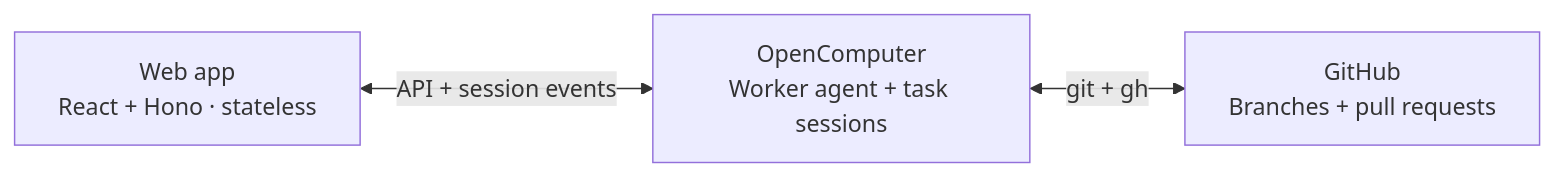
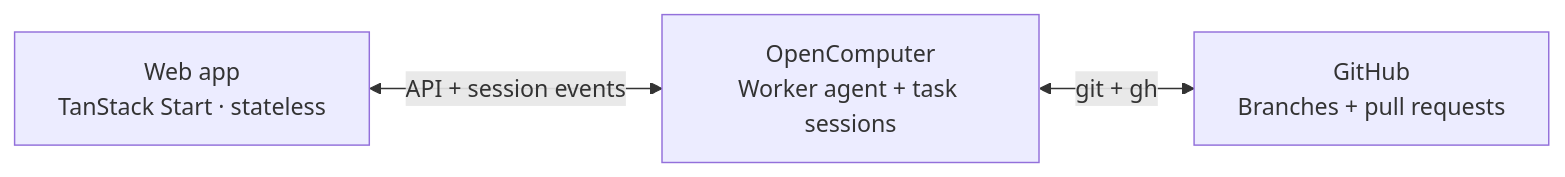
The diagram in README.md (diggerhq/opencomputer-workbench), drawn with Mermaid before and after one commit. The commit also changed other lines of this file and 127 other files, not shown here.

First line of the commit message:
One artifact: TanStack Start with file routes

````diff
--- a/README.md
+++ b/README.md
@@ -17,8 +17,8 @@
 ```mermaid
 flowchart LR
-  App["Web app<br/>React + Hono · stateless"]
+  App["Web app<br/>TanStack Start · stateless"]
   OC["OpenComputer<br/>Worker agent + task sessions"]
   GitHub["GitHub<br/>Branches + pull requests"]
   App <-->|API + session events| OC
   OC <-->|git + gh| GitHub
 ```
````
